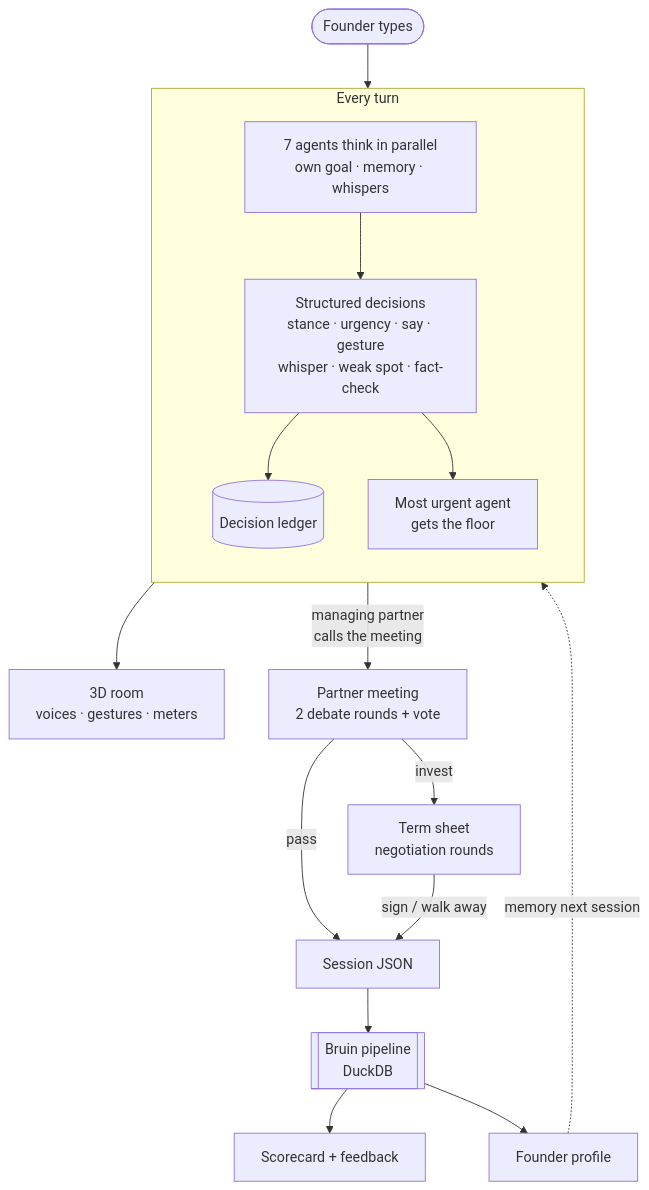
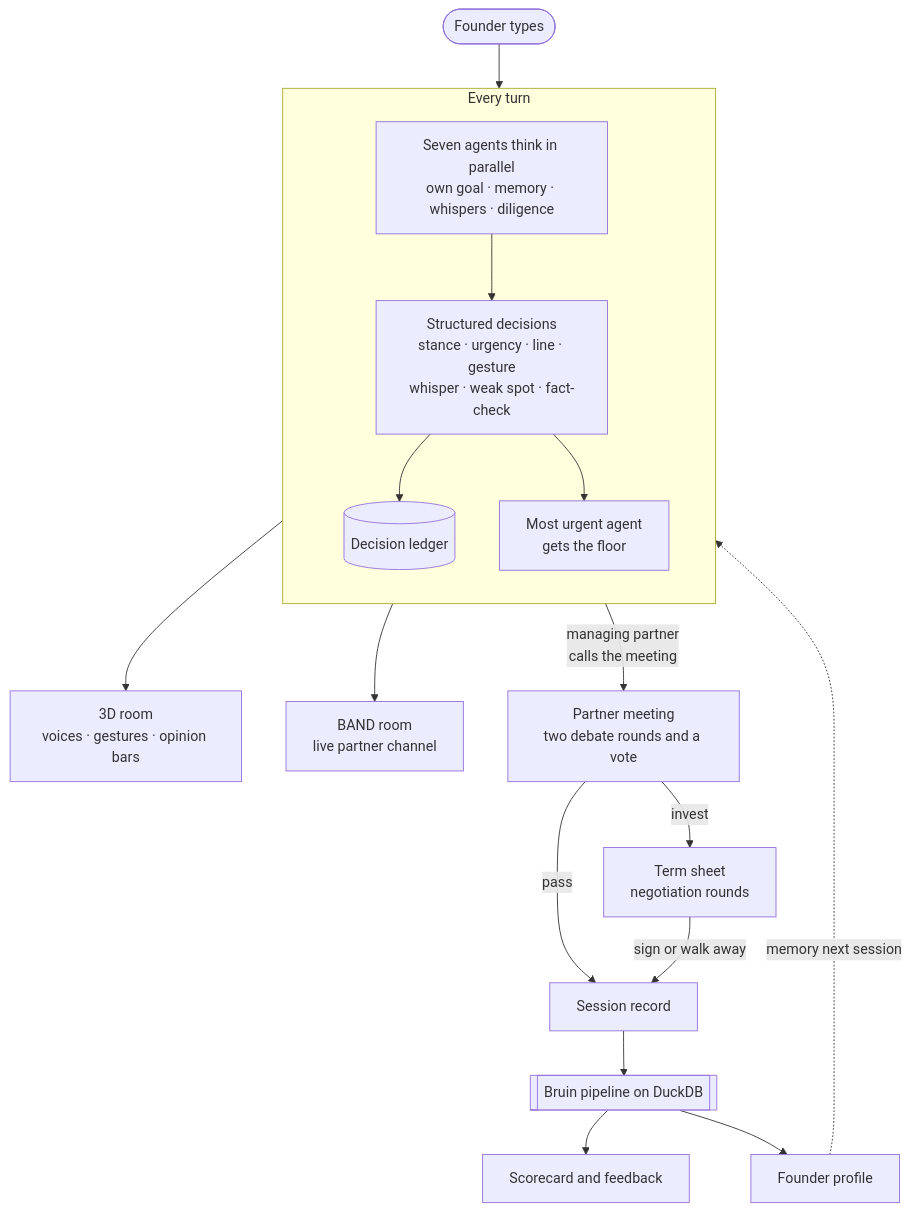
One commit to ChinmayPatel07/behind-the-glass changed the first of 2 diagrams in README.md. Above: the diagram before and after it, drawn with Mermaid. The commit also changed other lines of this file and 1 other file, not shown here.

````diff
--- a/README.md
+++ b/README.md
@@ -62,19 +71,20 @@
 ```mermaid
 flowchart TD
   F([Founder types]) --> T
   subgraph T[Every turn]
     direction TB
-    A1[7 agents think in parallel<br/>own goal · memory · whispers] --> D[Structured decisions<br/>stance · urgency · say · gesture<br/>whisper · weak spot · fact-check]
+    A1[Seven agents think in parallel<br/>own goal · memory · whispers · diligence] --> D[Structured decisions<br/>stance · urgency · line · gesture<br/>whisper · weak spot · fact-check]
     D --> L[(Decision ledger)]
     D --> S[Most urgent agent<br/>gets the floor]
   end
-  S --> V[3D room<br/>voices · gestures · meters]
-  T -->|managing partner<br/>calls the meeting| H[Partner meeting<br/>2 debate rounds + vote]
+  S --> V[3D room<br/>voices · gestures · opinion bars]
+  L --> B[BAND room<br/>live partner channel]
+  T -->|managing partner<br/>calls the meeting| H[Partner meeting<br/>two debate rounds and a vote]
   H -->|invest| TS[Term sheet<br/>negotiation rounds]
   H -->|pass| DB
-  TS -->|sign / walk away| DB[Session JSON]
-  DB --> B[[Bruin pipeline<br/>DuckDB]]
-  B --> SC[Scorecard + feedback]
-  B --> M[Founder profile]
+  TS -->|sign or walk away| DB[Session record]
+  DB --> P[[Bruin pipeline on DuckDB]]
+  P --> SC[Scorecard and feedback]
+  P --> M[Founder profile]
   M -.->|memory next session| A1
 ```
````
